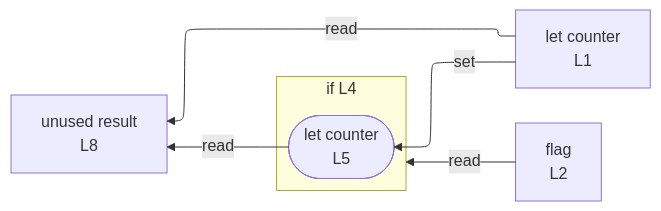
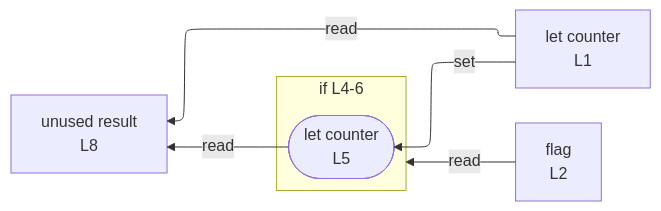
The diagram in integration/fixtures/control-if-only/preview.md (crescware/unsnarl), drawn with Mermaid before and after one commit. The commit also changed 125 other files, not shown here.

````diff
--- a/integration/fixtures/control-if-only/preview.md
+++ b/integration/fixtures/control-if-only/preview.md
@@ -18,15 +18,15 @@
 ```mermaid
 %%{init: {"flowchart": {"defaultRenderer": "elk"}}}%%
 flowchart RL
   n_scope_0_counter_4["let counter<br/>L1"]
   n_scope_0_flag_23["flag<br/>L2"]
   n_scope_0_result_73["unused result<br/>L8"]
-  subgraph s_scope_1["if L4"]
+  subgraph s_scope_1["if L4-6"]
     direction RL
     wr_ref_1(["let counter<br/>L5"])
   end
   n_scope_0_counter_4 -->|set| wr_ref_1
   n_scope_0_flag_23 -->|read| s_scope_1
   wr_ref_1 -->|read| n_scope_0_result_73
   n_scope_0_counter_4 -->|read| n_scope_0_result_73
 ```
````
